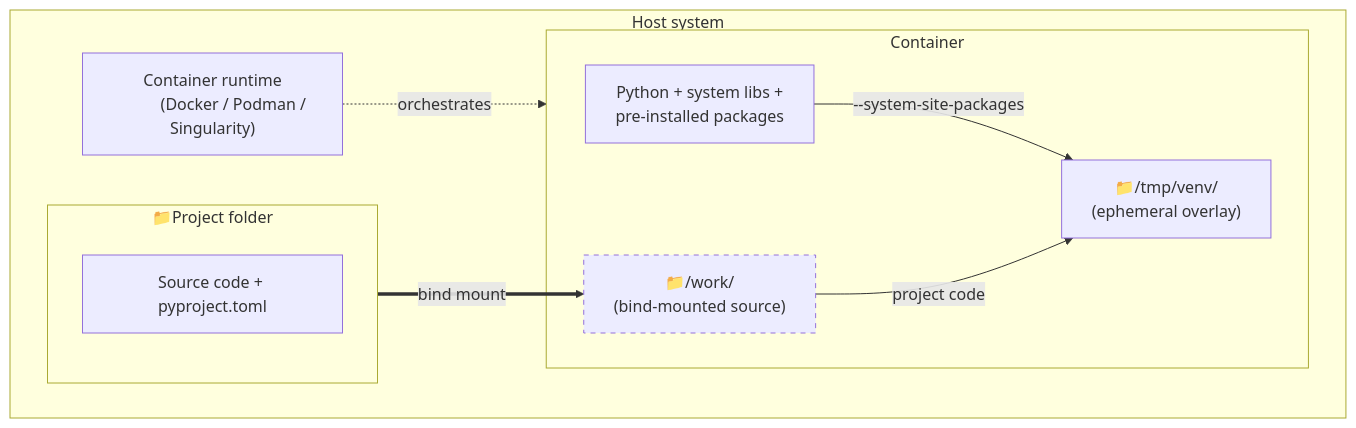
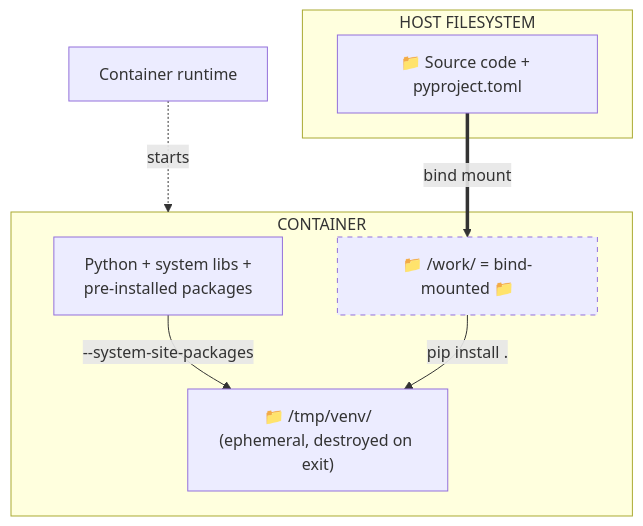
Before and after one commit to stamped-principles/stamped-examples: the second of 2 diagrams in content/examples/container-venv-overlay-development.md, drawn with Mermaid. The commit also changed other lines of this file, not shown here.

First line of the commit message:
Simplify mermaid diagrams to vertical tier layout

```diff
--- a/content/examples/container-venv-overlay-development.md
+++ b/content/examples/container-venv-overlay-development.md
@@ -276,23 +272,21 @@
 {{< mermaid >}}
 flowchart TB
-    subgraph host["Host system"]
-        runtime["Container runtime
-           (Docker / Podman / Singularity)"]
-        subgraph project["📁Project folder"]
-            code["Source code + pyproject.toml"]
-        end
-        subgraph container["Container"]
-            env["Python + system libs +
-                 pre-installed packages"]
-            work["📁/work/
-                  (bind-mounted source)"]:::dashed
-            venv-eph["📁/tmp/venv/
-                 (ephemeral overlay)"]
-        end
+    subgraph host["HOST FILESYSTEM"]
+        code["📁 Source code + pyproject.toml"]
     end
-    runtime -.->|orchestrates| container
-    project ==>|bind mount| work
+
+    runtime["Container runtime"]
+
+    subgraph container["CONTAINER"]
+        env["Python + system libs +<br>pre-installed packages"]
+        work["📁 /work/ = bind-mounted 📁"]:::dashed
+        venv-eph["📁 /tmp/venv/<br>(ephemeral, destroyed on exit)"]
+    end
+
+    runtime -.->|starts| container
+    code ==>|bind mount| work
     env -->|"--system-site-packages"| venv-eph
-    work -->|project code| venv-eph
+    work -->|"pip install ."| venv-eph
+
     classDef dashed stroke-dasharray: 5 5
 {{< /mermaid >}}
```
